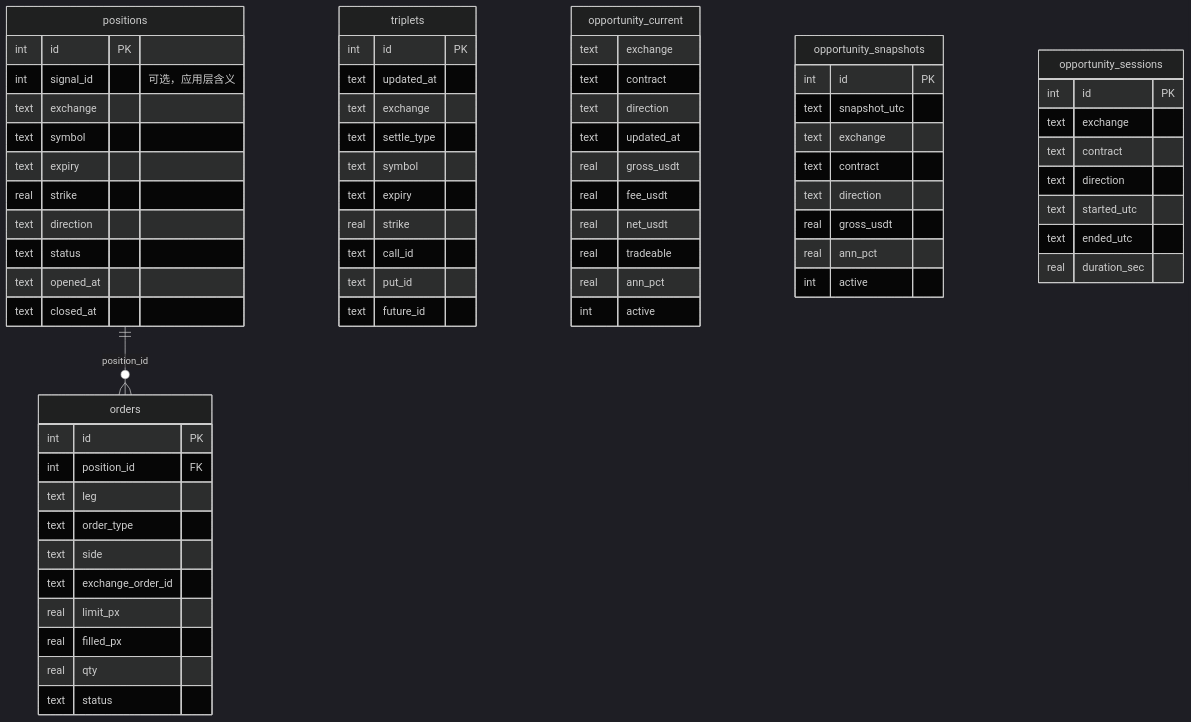
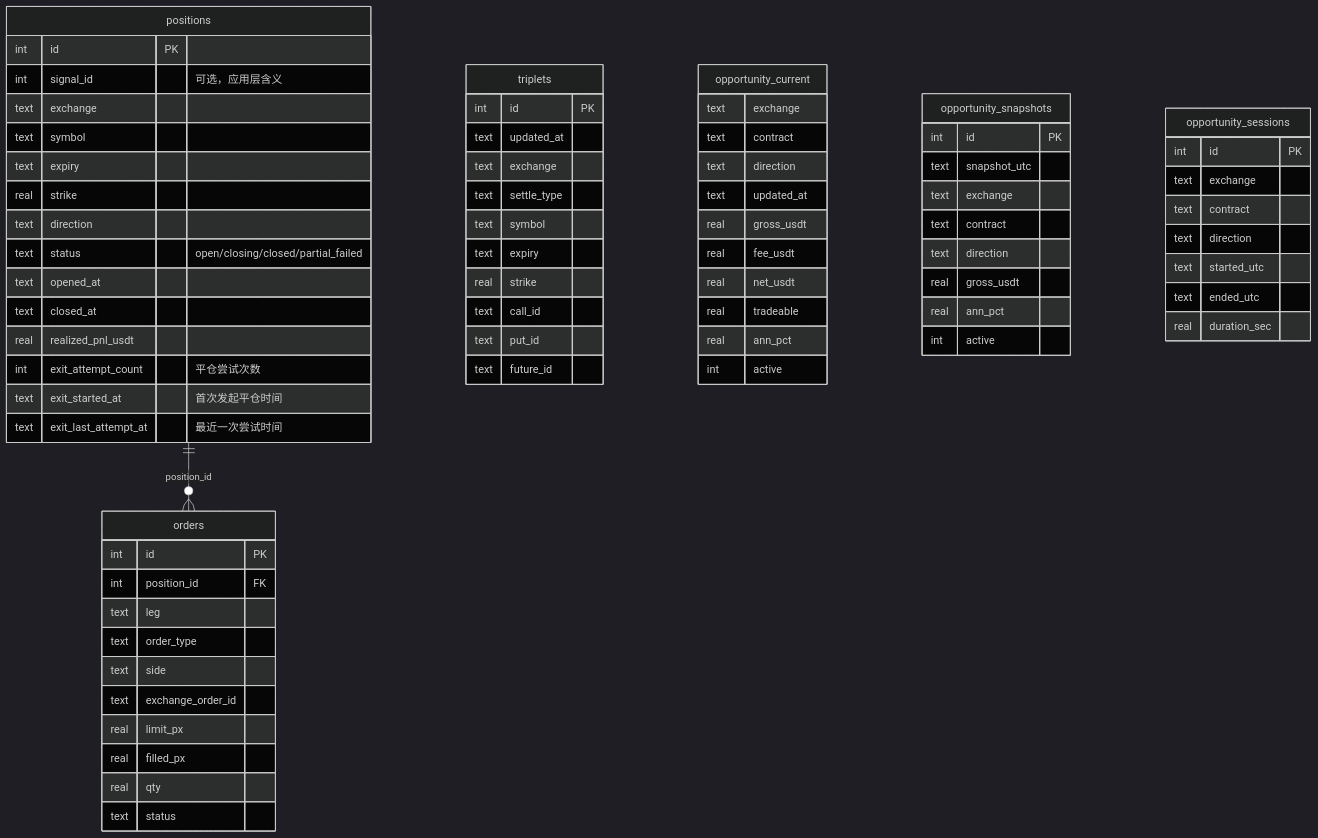
The diagram in docs/architecture-and-flow.md (zf-talk/pcp_arbitrage), drawn with Mermaid (dark theme) before and after one commit. The commit also changed other lines of this file and 2 other files, not shown here.

Commit message:
docs: update order-flow and architecture docs, add TODO list

````diff
--- a/docs/architecture-and-flow.md
+++ b/docs/architecture-and-flow.md
@@ -131,72 +134,76 @@
 ```mermaid
 erDiagram
     positions {
         int id PK
         int signal_id "可选，应用层含义"
         text exchange
         text symbol
         text expiry
         real strike
         text direction
-        text status
+        text status "open/closing/closed/partial_failed"
         text opened_at
         text closed_at
+        real realized_pnl_usdt
+        int exit_attempt_count "平仓尝试次数"
+        text exit_started_at "首次发起平仓时间"
+        text exit_last_attempt_at "最近一次尝试时间"
     }
     orders {
         int id PK
         int position_id FK
         text leg
         text order_type
         text side
         text exchange_order_id
         real limit_px
         real filled_px
         real qty
         text status
     }
     triplets {
         int id PK
         text updated_at
         text exchange
         text settle_type
         text symbol
         text expiry
         real strike
         text call_id
         text put_id
         text future_id
     }
     opportunity_current {
         text exchange
         text contract
         text direction
         text updated_at
         real gross_usdt
         real fee_usdt
         real net_usdt
         real tradeable
         real ann_pct
         int active
     }
     opportunity_snapshots {
         int id PK
         text snapshot_utc
         text exchange
         text contract
         text direction
         real gross_usdt
         real ann_pct
         int active
     }
     opportunity_sessions {
         int id PK
         text exchange
         text contract
         text direction
         text started_utc
         text ended_utc
         real duration_sec
     }
 
     positions ||--o{ orders : "position_id"
 ```
````
